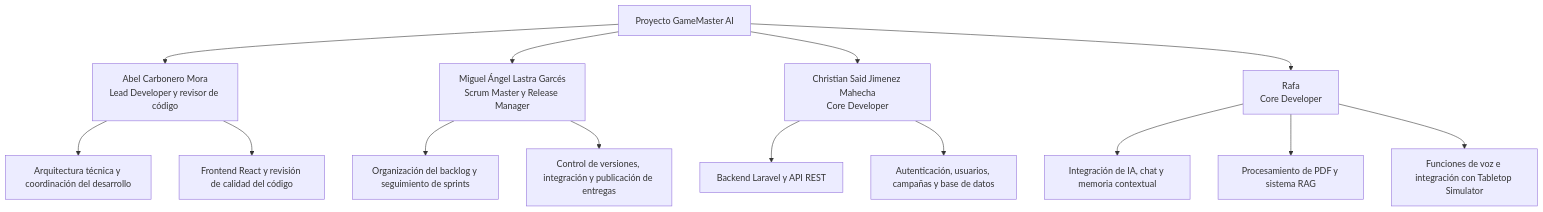
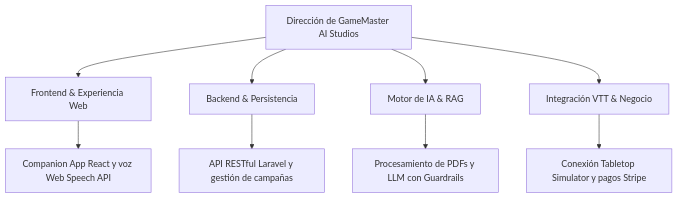
Before and after one commit to LastraMigue/FINAL-PROJECT: the fourth of 4 diagrams in pitch-and-market.md, drawn with Mermaid. The commit also changed other lines of this file and 1 other file, not shown here.

````diff
--- a/pitch-and-market.md
+++ b/pitch-and-market.md
@@ -120,21 +146,12 @@
 ```mermaid
 flowchart TD
-    GM[Proyecto GameMaster AI]
-    GM --> AB[Abel Carbonero Mora<br/>Lead Developer y revisor de código]
-    GM --> MI[Miguel Ángel Lastra Garcés<br/>Scrum Master y Release Manager]
-    GM --> CH[Christian Said Jimenez Mahecha<br/>Core Developer]
-    GM --> RA[Rafa<br/>Core Developer]
+    GM[Dirección de GameMaster AI Studios] --> FE[Frontend & Experiencia Web]
+    GM --> BE[Backend & Persistencia]
+    GM --> IA[Motor de IA & RAG]
+    GM --> IT[Integración VTT & Negocio]
 
-    AB --> AB1[Arquitectura técnica y coordinación del desarrollo]
-    AB --> AB2[Frontend React y revisión de calidad del código]
-
-    MI --> MI1[Organización del backlog y seguimiento de sprints]
-    MI --> MI2[Control de versiones, integración y publicación de entregas]
-
-    CH --> CH1[Backend Laravel y API REST]
-    CH --> CH2[Autenticación, usuarios, campañas y base de datos]
-
-    RA --> RA1[Integración de IA, chat y memoria contextual]
-    RA --> RA2[Procesamiento de PDF y sistema RAG]
-    RA --> RA3[Funciones de voz e integración con Tabletop Simulator]
+    FE --> FE1[Companion App React y voz Web Speech API]
+    BE --> BE1[API RESTful Laravel y gestión de campañas]
+    IA --> IA1[Procesamiento de PDFs y LLM con Guardrails]
+    IT --> IT1[Conexión Tabletop Simulator y pagos Stripe]
 ```
````
